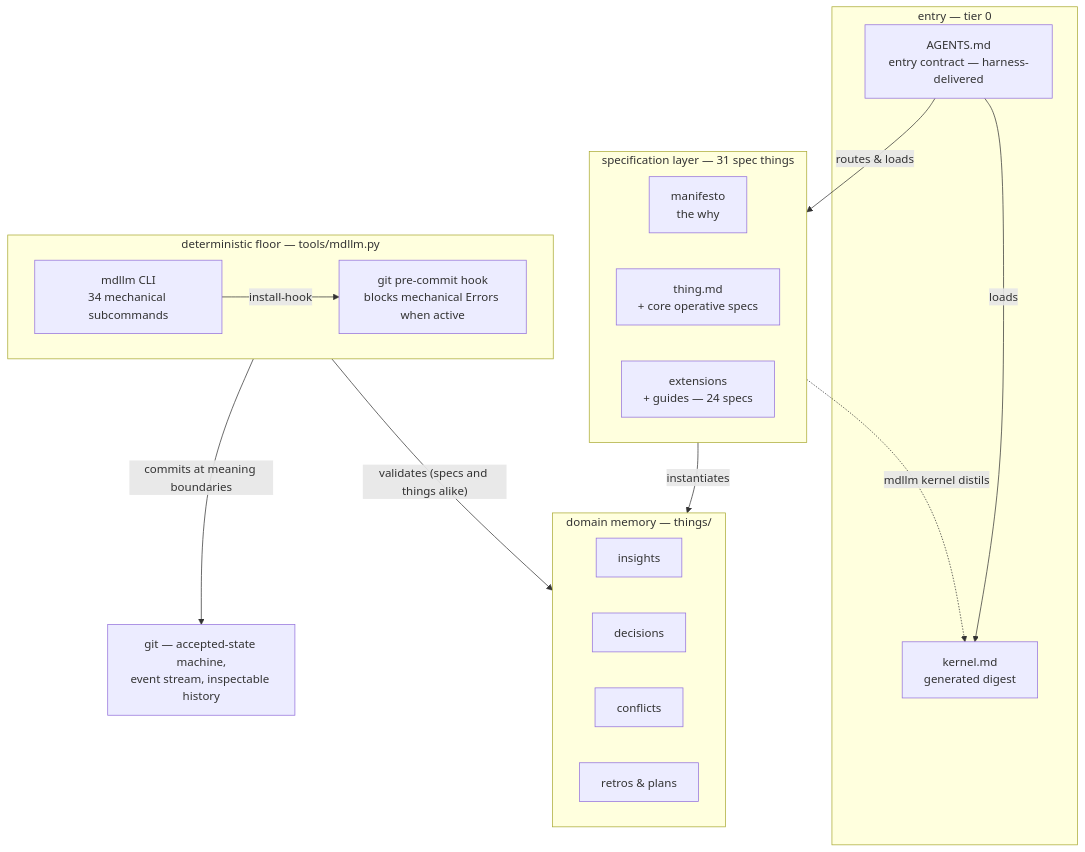
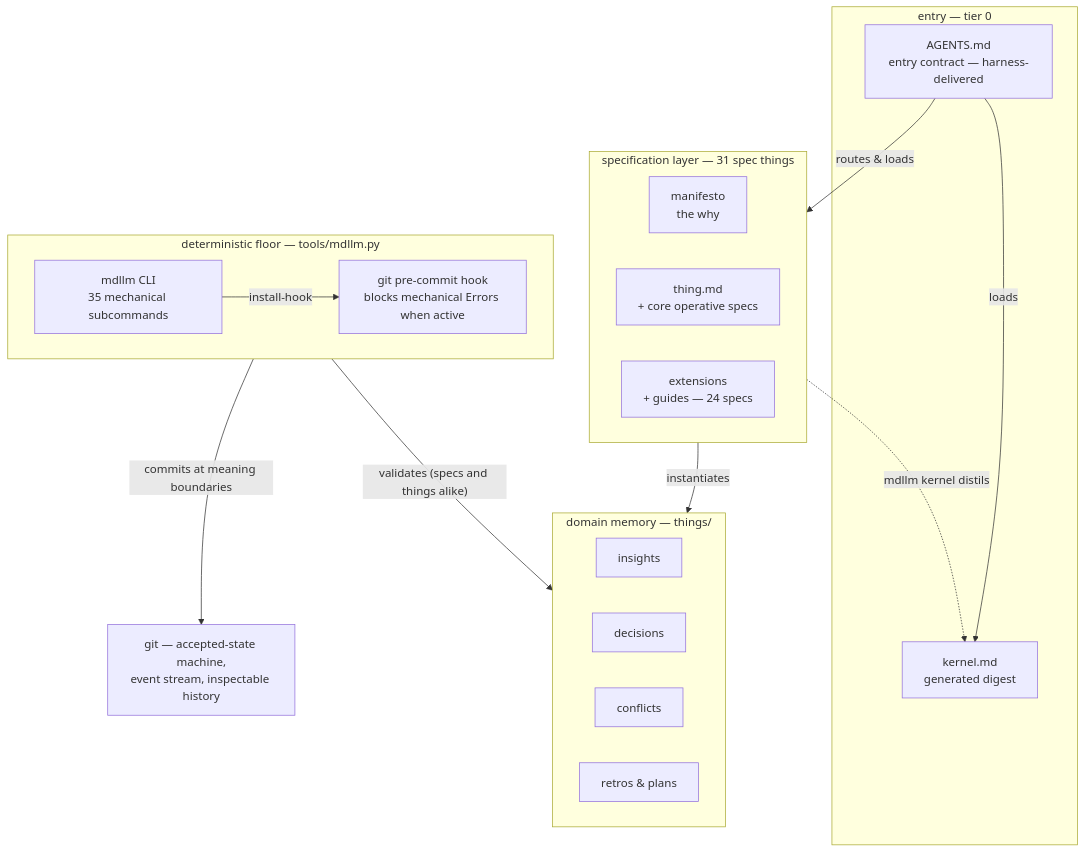
Before and after one commit to JanoshMoshiri/MarkdownLLM: the first of 5 diagrams in docs/framework-map.md, drawn with Mermaid. The commit also changed other lines of this file and 4 other files, not shown here.

First line of the commit message:
floor(dispatch): `mdllm dispatch-payload` — the corpus composes the launch text, the scheduler carries it

````diff
--- a/docs/framework-map.md
+++ b/docs/framework-map.md
@@ -63,49 +63,49 @@
 ```mermaid
 flowchart TD
     accTitle: View 1 - the five bands of the framework, read top-down as a session's life
     accDescr {
         Five stacked bands. The entry band, tier 0, holds AGENTS.md as the
         harness-delivered entry contract and kernel.md as a generated digest. Below
         it the specification layer holds 31 spec things: the manifesto for the
         why, thing.md with the core operative specs, and 24 extension and guide
         specs. Below that, domain memory in the things directory holds insights,
         decisions, conflicts, retrospectives and plans. Below that, the
-        deterministic floor is tools/mdllm.py, providing the mdllm CLI with 34
+        deterministic floor is tools/mdllm.py, providing the mdllm CLI with 35
         mechanical subcommands and a git pre-commit hook that, when current and
         runnable, blocks commits with mechanical Errors. At the base, git is
         the accepted-state machine, event stream and inspectable audit aid.
         The edges run as follows. AGENTS.md loads the kernel and routes
         to the specs. The specs distil back up into the kernel via mdllm
         kernel, which is why that one edge points upward. The specs instantiate
         domain memory. The CLI installs the hook. The floor validates memory,
         specs and things alike, and commits at meaning boundaries into git.
     }
     subgraph entry ["entry — tier 0"]
         AGENTS["AGENTS.md<br/>entry contract — harness-delivered"]
         KERNEL["kernel.md<br/>generated digest"]
     end
     subgraph specs ["specification layer — 31 spec things"]
         MANIFESTO["manifesto<br/>the why"]
         THING["thing.md<br/>+ core operative specs"]
         EXT["extensions<br/>+ guides — 24 specs"]
     end
     subgraph memory ["domain memory — things/"]
         INSIGHTS["insights"]
         DECISIONS["decisions"]
         CONFLICTS["conflicts"]
         RETROS["retros & plans"]
     end
     subgraph floor ["deterministic floor — tools/mdllm.py"]
-        MDLLM["mdllm CLI<br/>34 mechanical subcommands"]
+        MDLLM["mdllm CLI<br/>35 mechanical subcommands"]
         HOOK["git pre-commit hook<br/>blocks mechanical Errors when active"]
     end
     GIT["git — accepted-state machine,<br/>event stream, inspectable history"]
 
     AGENTS -->|loads| KERNEL
     AGENTS -->|routes & loads| specs
     specs -.->|"mdllm kernel distils"| KERNEL
     specs -->|instantiates| memory
     MDLLM -->|install-hook| HOOK
     floor -->|"validates (specs and things alike)"| memory
     floor -->|commits at meaning boundaries| GIT
 ```
````
